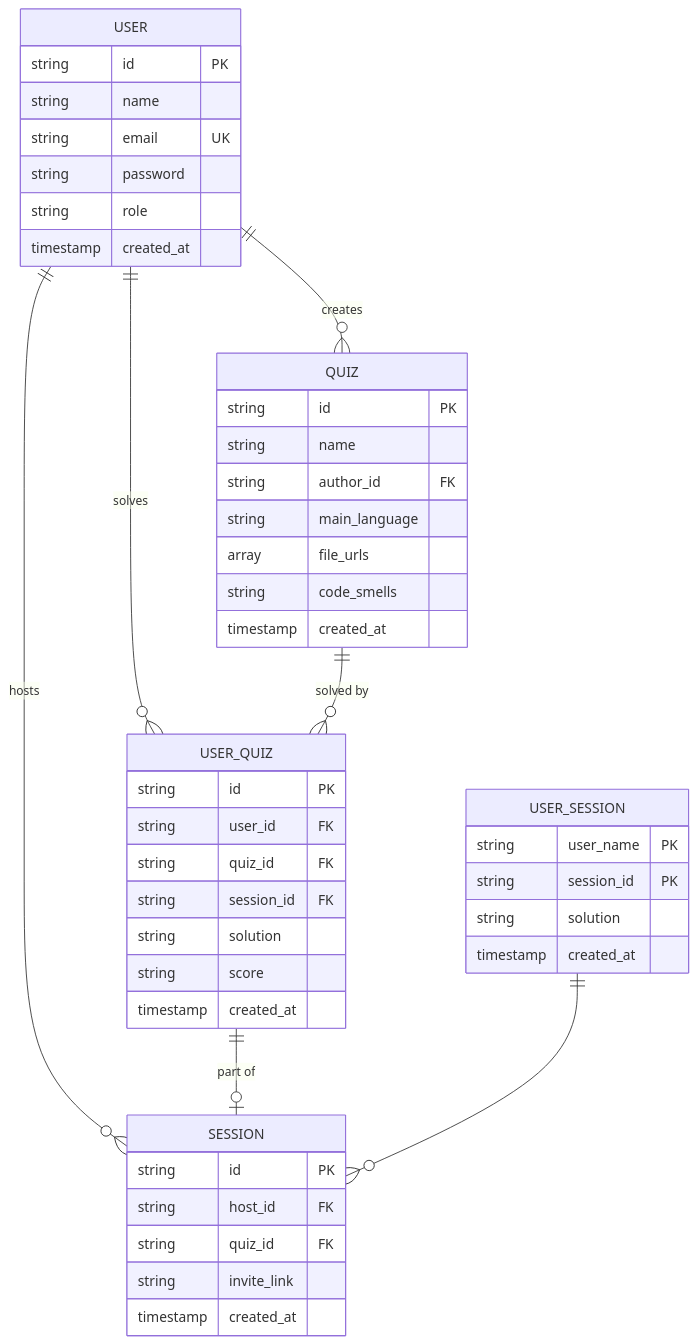
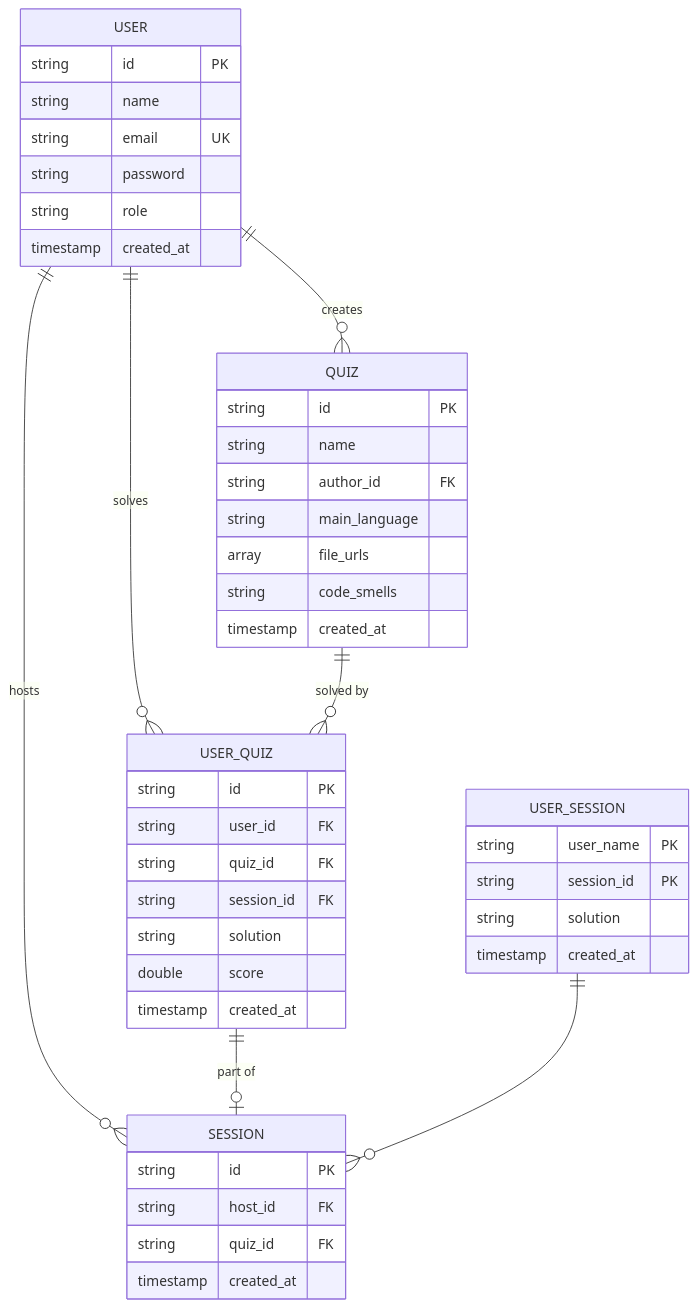
One commit to rcybulski1122012/Ceramicy-IO changed the diagram in README.md. Above: the diagram before and after it, drawn with Mermaid. The commit also changed 5 other files, not shown here.

````diff
--- a/README.md
+++ b/README.md
@@ -20,58 +20,57 @@
 ```mermaid
 erDiagram
     QUIZ {
         string id PK
         string name
         string author_id FK
         string main_language
         array file_urls
         string code_smells
         timestamp created_at
     }
     
     USER {
         string id PK
         string name
         string email UK
         string password
         string role
         timestamp created_at
     }
     
     USER_QUIZ {
         string id PK
         string user_id FK
         string quiz_id FK
         string session_id FK
         string solution
-        string score
+        double score
         timestamp created_at
     }
     
     
     SESSION {
         string id PK
         string host_id FK
         string quiz_id FK
-        string invite_link
         timestamp created_at
     }
     
     USER_SESSION {
         string user_name PK
         string session_id PK
         string solution
         timestamp created_at
     }
     
     
     USER ||--o{ QUIZ : "creates"
     USER ||--o{ USER_QUIZ : "solves"
     QUIZ ||--o{ USER_QUIZ : "solved by"
     USER ||--o{ SESSION : "hosts"
 %%    SESSION ||--o{ QUIZ : ""
     USER_QUIZ ||--o| SESSION : "part of"
     USER_SESSION ||--o{ SESSION : ""
     
     
 ```
````
